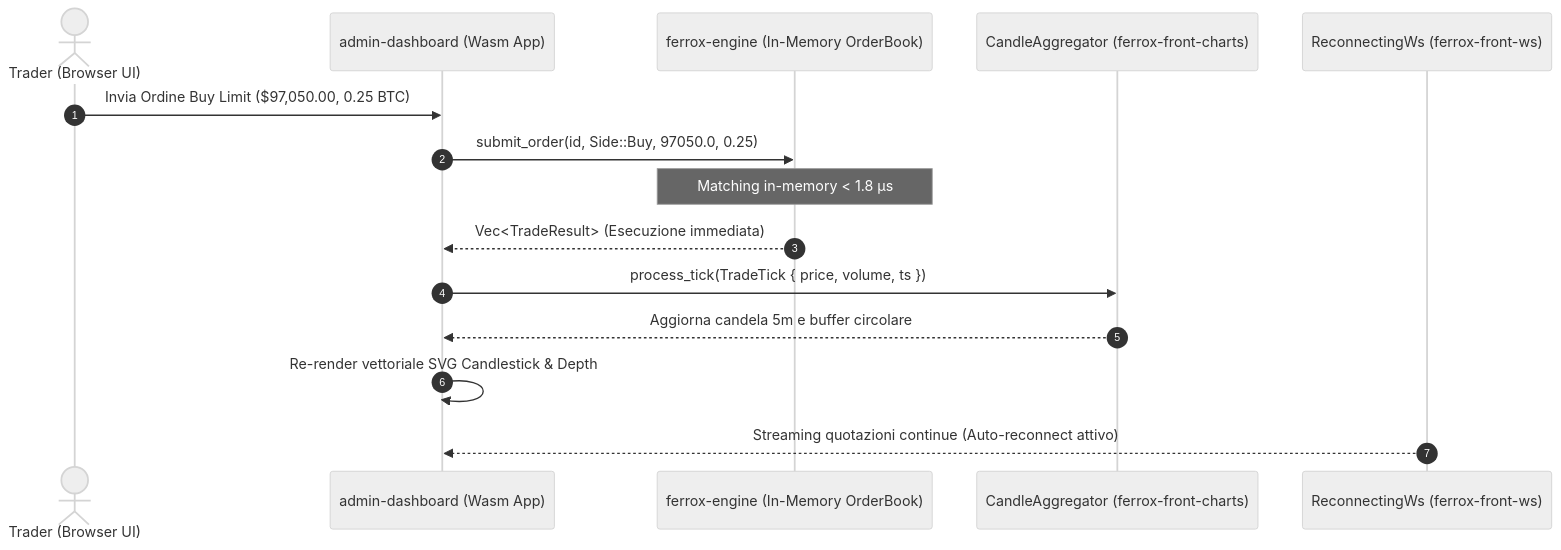
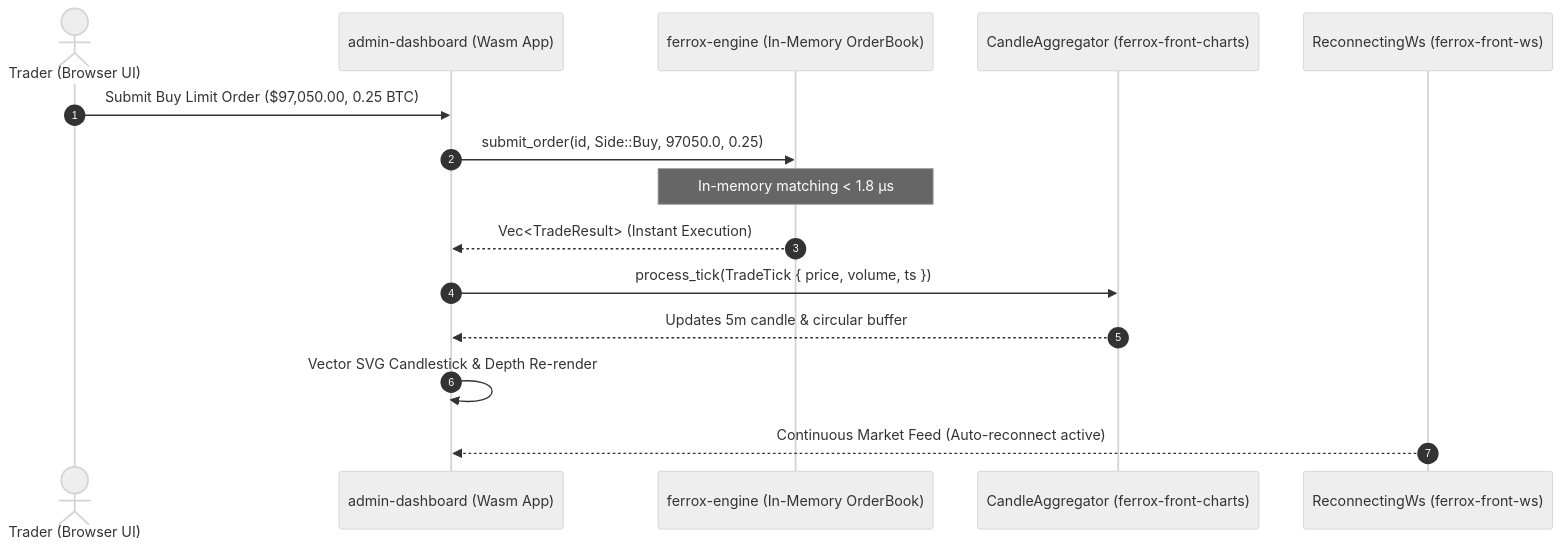
The diagram in docs/trading-desk.md (AI-Autistic-Intelligence/ferrox-front), drawn with Mermaid (neutral theme) before and after one commit. The commit also changed other lines of this file and 11 other files, not shown here.

````diff
--- a/docs/trading-desk.md
+++ b/docs/trading-desk.md
@@ -33,18 +33,18 @@
 ```mermaid
 sequenceDiagram
     autonumber
     actor Trader as Trader (Browser UI)
     participant Desk as admin-dashboard (Wasm App)
     participant Engine as ferrox-engine (In-Memory OrderBook)
     participant Aggregator as CandleAggregator (ferrox-front-charts)
     participant WS as ReconnectingWs (ferrox-front-ws)
 
-    Trader->>Desk: Invia Ordine Buy Limit ($97,050.00, 0.25 BTC)
+    Trader->>Desk: Submit Buy Limit Order ($97,050.00, 0.25 BTC)
     Desk->>Engine: submit_order(id, Side::Buy, 97050.0, 0.25)
-    Note over Engine: Matching in-memory < 1.8 μs
-    Engine-->>Desk: Vec<TradeResult> (Esecuzione immediata)
+    Note over Engine: In-memory matching < 1.8 μs
+    Engine-->>Desk: Vec<TradeResult> (Instant Execution)
     Desk->>Aggregator: process_tick(TradeTick { price, volume, ts })
-    Aggregator-->>Desk: Aggiorna candela 5m e buffer circolare
-    Desk->>Desk: Re-render vettoriale SVG Candlestick & Depth
-    WS-->>Desk: Streaming quotazioni continue (Auto-reconnect attivo)
+    Aggregator-->>Desk: Updates 5m candle & circular buffer
+    Desk->>Desk: Vector SVG Candlestick & Depth Re-render
+    WS-->>Desk: Continuous Market Feed (Auto-reconnect active)
 ```
````
